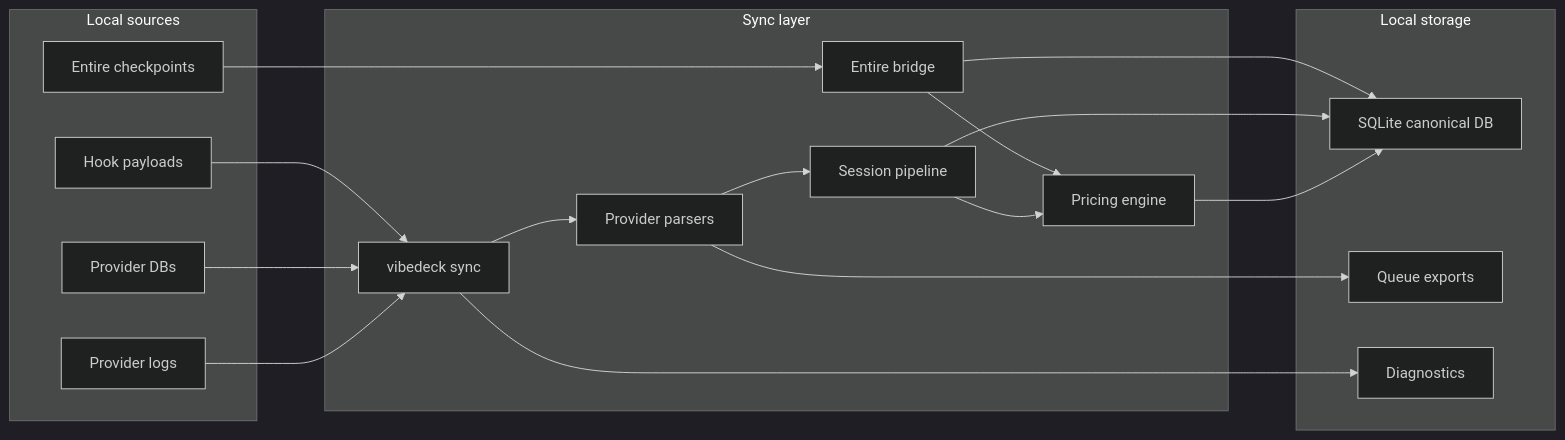
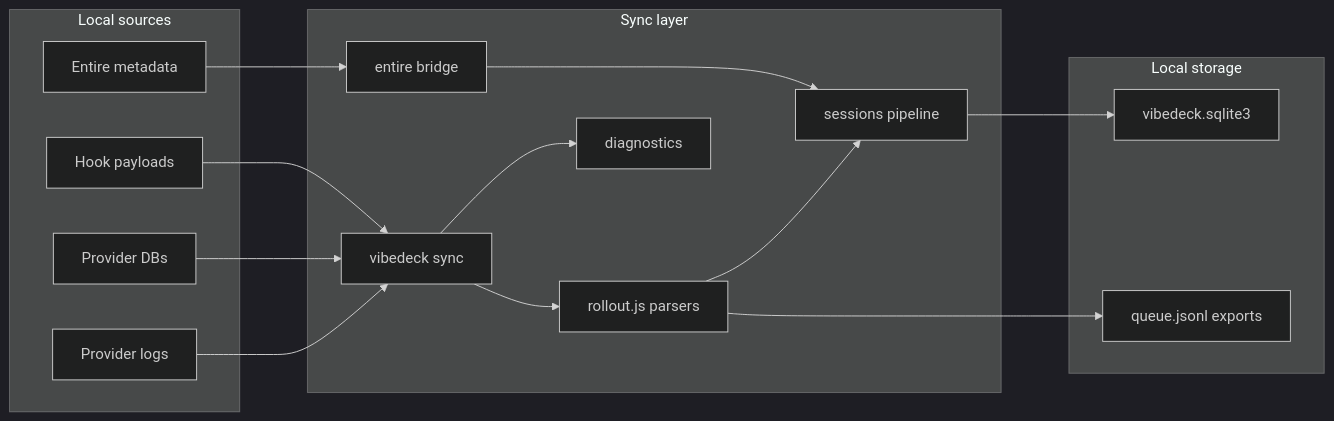
One commit to ivasuy/VibeDeck changed the second of 11 diagrams in docs/ARCHITECTURE.md. Above: the diagram before and after it, drawn with Mermaid (dark theme). The commit also changed other lines of this file and 42 other files, not shown here.

````diff
--- a/docs/ARCHITECTURE.md
+++ b/docs/ARCHITECTURE.md
@@ -15,40 +65,34 @@
 ```mermaid
 %%{init: {"flowchart": {"nodeSpacing": 48, "rankSpacing": 72, "curve": "basis"}} }%%
 flowchart LR
   subgraph Sources["Local sources"]
     ProviderLogs["Provider logs"]
     ProviderDBs["Provider DBs"]
-    Hooks["Hook payloads"]
-    EntireStore["Entire checkpoints"]
+    HookPayloads["Hook payloads"]
+    EntireStore["Entire metadata"]
   end
 
   subgraph SyncLayer["Sync layer"]
     Sync["vibedeck sync"]
-    Parsers["Provider parsers"]
-    Events["Session pipeline"]
-    EntireBridge["Entire bridge"]
-    Pricing["Pricing engine"]
+    Rollout["rollout.js parsers"]
+    Events["sessions pipeline"]
+    EntireBridge["entire bridge"]
+    Diagnostics["diagnostics"]
   end
 
   subgraph Storage["Local storage"]
-    SQLite["SQLite canonical DB"]
-    Queues["Queue exports"]
-    Diagnostics["Diagnostics"]
+    SQLite["vibedeck.sqlite3"]
+    Queues["queue.jsonl exports"]
   end
 
   ProviderLogs --> Sync
   ProviderDBs --> Sync
-  Hooks --> Sync
+  HookPayloads --> Sync
   EntireStore --> EntireBridge
-
-  Sync --> Parsers
-  Parsers --> Events
-  Events --> Pricing
-  EntireBridge --> Pricing
-
-  Pricing --> SQLite
+  Sync --> Rollout
+  Rollout --> Events
+  EntireBridge --> Events
   Events --> SQLite
-  EntireBridge --> SQLite
-  Parsers --> Queues
+  Rollout --> Queues
   Sync --> Diagnostics
 ```
````
